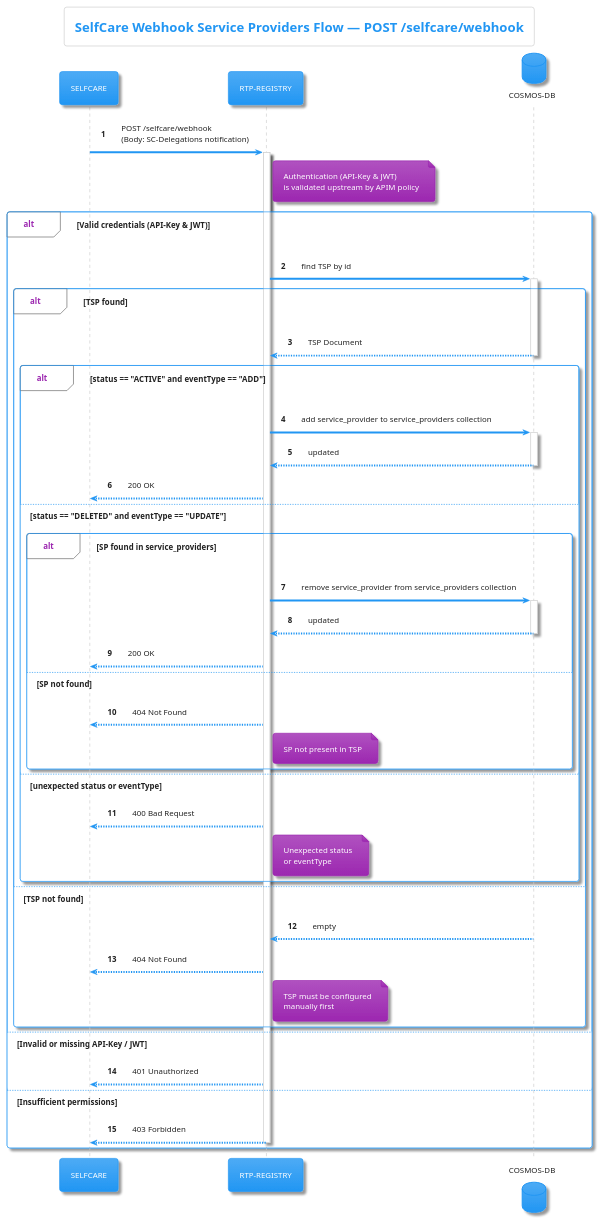
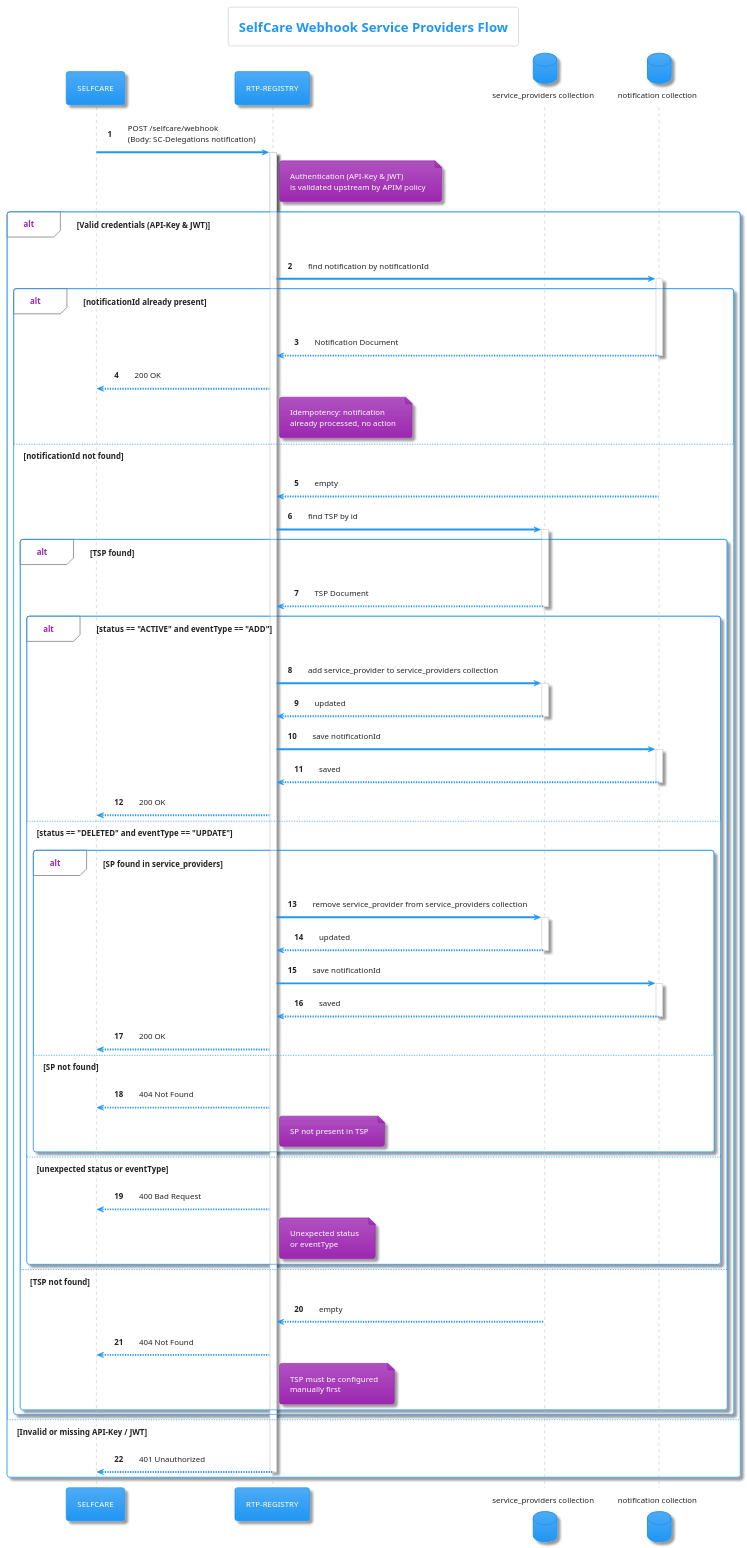
Before and after one commit to pagopa/rtp-docs: the diagram in diagrams/selfcare-service-providers-webhook.puml, drawn with PlantUML. The commit also changed 1 other file, not shown here.

Commit message:
fix: [SRTP-2375] Update sequence SelfCare Webhook (#60)
* fix: SRTP-2375 Update database name in SelfCare Webhook diagram and remove unused permission check

* Diagrams commit

* fix: SRTP-2375 Update database name in SelfCare Webhook diagram and remove unused permission check

* Diagrams commit

* fix: SRTP-2375 Update SelfCare Webhook diagram to include notification handling and database name changes

* Diagrams commit

---------

```diff
--- a/diagrams/selfcare-service-providers-webhook.puml
+++ b/diagrams/selfcare-service-providers-webhook.puml
@@ -1,74 +1,97 @@
 @startuml
 !theme materia
 
-title SelfCare Webhook Service Providers Flow — POST /selfcare/webhook
+title SelfCare Webhook Service Providers Flow
 
 participant "SELFCARE" as SC
 participant "RTP-REGISTRY" as REG
-database "COSMOS-DB" as DB
+database "service_providers collection" as DB
+database "notification collection" as NDB
 
 autonumber
 
 SC -> REG: POST /selfcare/webhook\n(Body: SC-Delegations notification)
 note right of REG
   Authentication (API-Key & JWT)
   is validated upstream by APIM policy
 end note
 activate REG
 
 alt Valid credentials (API-Key & JWT)
-    REG -> DB: find TSP by id
-    activate DB
+    REG -> NDB: find notification by notificationId
+    activate NDB
 
-    alt TSP found
-        DB --> REG: TSP Document
-        deactivate DB
+    alt notificationId already present
+        NDB --> REG: Notification Document
+        deactivate NDB
+        REG --> SC: 200 OK
+        note right of REG
+          Idempotency: notification
+          already processed, no action
+        end note
 
-        alt status == "ACTIVE" and eventType == "ADD"
-            REG -> DB: add service_provider to service_providers collection
-            activate DB
-            DB --> REG: updated
+    else notificationId not found
+        NDB --> REG: empty
+        deactivate NDB
+
+        REG -> DB: find TSP by id
+        activate DB
+
+        alt TSP found
+            DB --> REG: TSP Document
             deactivate DB
-            REG --> SC: 200 OK
 
-        else status == "DELETED" and eventType == "UPDATE"
-            alt SP found in service_providers
-                REG -> DB: remove service_provider from service_providers collection
+            alt status == "ACTIVE" and eventType == "ADD"
+                REG -> DB: add service_provider to service_providers collection
                 activate DB
                 DB --> REG: updated
                 deactivate DB
+                REG -> NDB: save notificationId
+                activate NDB
+                NDB --> REG: saved
+                deactivate NDB
                 REG --> SC: 200 OK
-            else SP not found
-                REG --> SC: 404 Not Found
+
+            else status == "DELETED" and eventType == "UPDATE"
+                alt SP found in service_providers
+                    REG -> DB: remove service_provider from service_providers collection
+                    activate DB
+                    DB --> REG: updated
+                    deactivate DB
+                    REG -> NDB: save notificationId
+                    activate NDB
+                    NDB --> REG: saved
+                    deactivate NDB
+                    REG --> SC: 200 OK
+                else SP not found
+                    REG --> SC: 404 Not Found
+                    note right of REG
+                      SP not present in TSP
+                    end note
+                end
+
+            else unexpected status or eventType
+                REG --> SC: 400 Bad Request
                 note right of REG
-                  SP not present in TSP
+                  Unexpected status
+                  or eventType
                 end note
             end
 
-        else unexpected status or eventType
-            REG --> SC: 400 Bad Request
+        else TSP not found
+            DB --> REG: empty
+            deactivate DB
+            REG --> SC: 404 Not Found
             note right of REG
-              Unexpected status
-              or eventType
+              TSP must be configured
+              manually first
             end note
         end
-
-    else TSP not found
-        DB --> REG: empty
-        deactivate DB
-        REG --> SC: 404 Not Found
-        note right of REG
-          TSP must be configured
-          manually first
-        end note
     end
 
 else Invalid or missing API-Key / JWT
     REG --> SC: 401 Unauthorized
-
-else Insufficient permissions
-    REG --> SC: 403 Forbidden
     deactivate REG
 end
 
 @enduml
```
